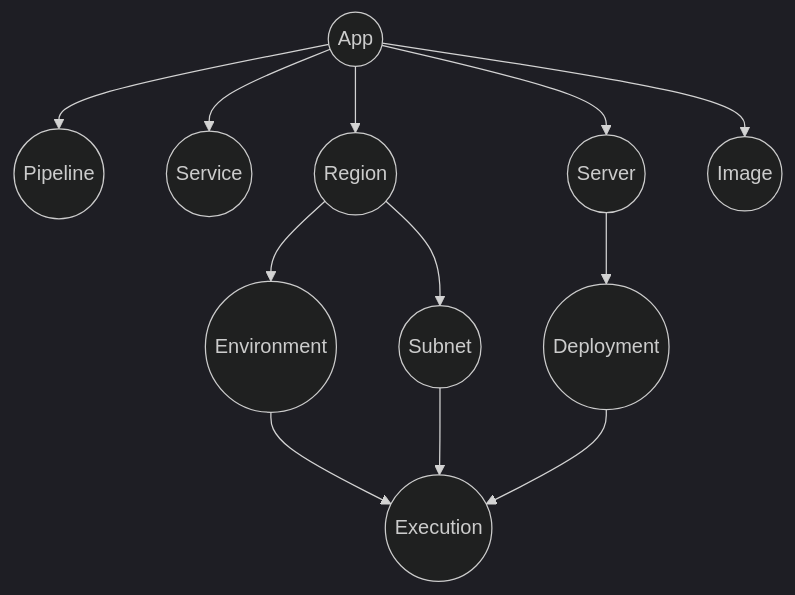
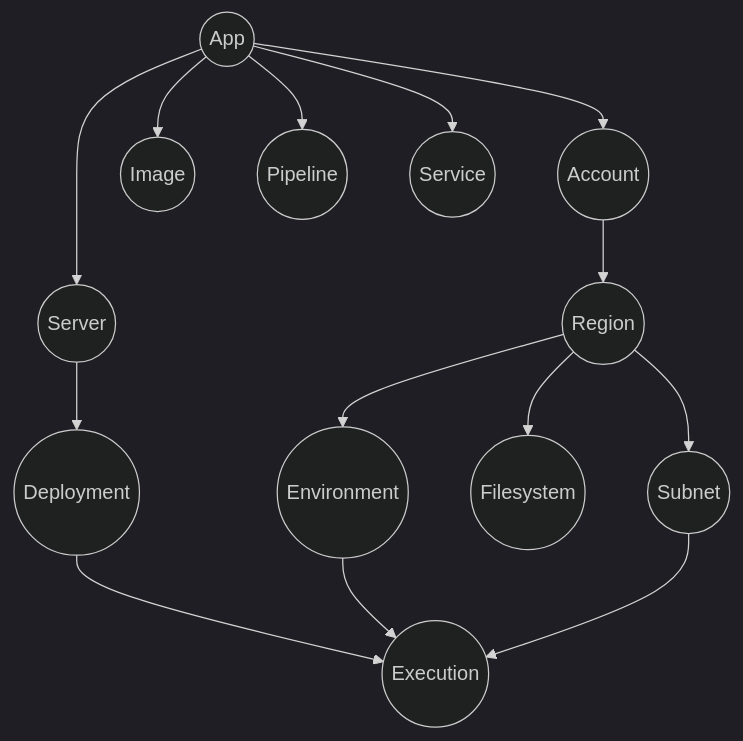
Before and after one commit to quadnix/octo: the first of 2 diagrams in apps/octo-docs/docs/fundamentals/models.mdx, drawn with Mermaid (dark theme). The commit also changed other lines of this file and 5 other files, not shown here.

````diff
--- a/apps/octo-docs/docs/fundamentals/models.mdx
+++ b/apps/octo-docs/docs/fundamentals/models.mdx
@@ -28,24 +31,33 @@
 ```mermaid
 graph TD;
+    account((Account))
     app((App))
+    deployment((Deployment))
+    environment((Environment))
+    execution((Execution))
+    filesystem((Filesystem))
+    image((Image))
     pipeline((Pipeline))
+    region((Region))
+    server((Server))
     service((Service))
-    region((Region))
-    environment((Environment))
     subnet((Subnet))
-    server((Server))
-    deployment((Deployment))
-    execution((Execution))
-    image((Image))
+
+    app --> account;
+    app --> image;
     app --> pipeline;
+    app --> server;
     app --> service;
-    app --> region;
-    app --> server;
-    app --> image;
+
+    account --> region;
+
+    region --> environment;
+    region --> filesystem;
+    region --> subnet;
+
     server --> deployment;
-    region --> environment;
-    region --> subnet;
+
+    deployment --> execution;
     environment --> execution;
     subnet --> execution;
-    deployment --> execution;
 ```
````
